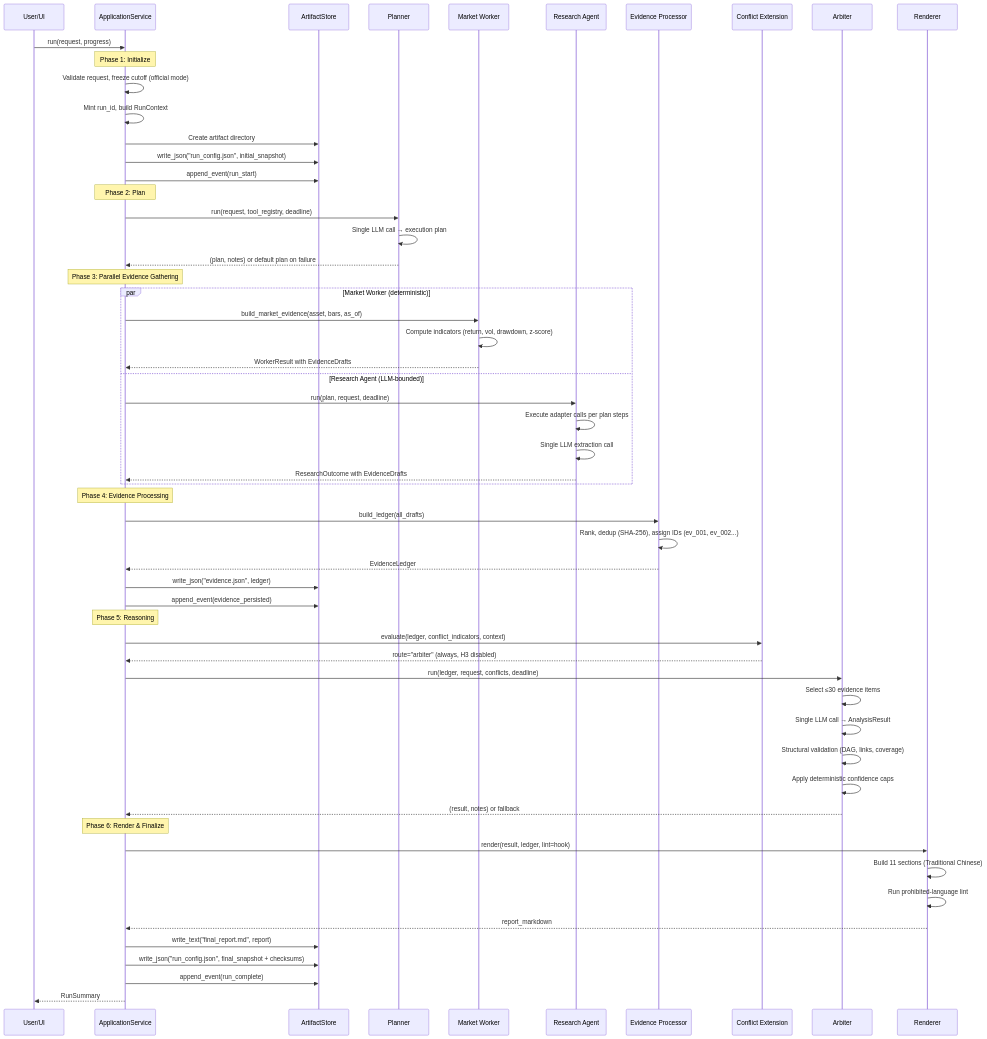
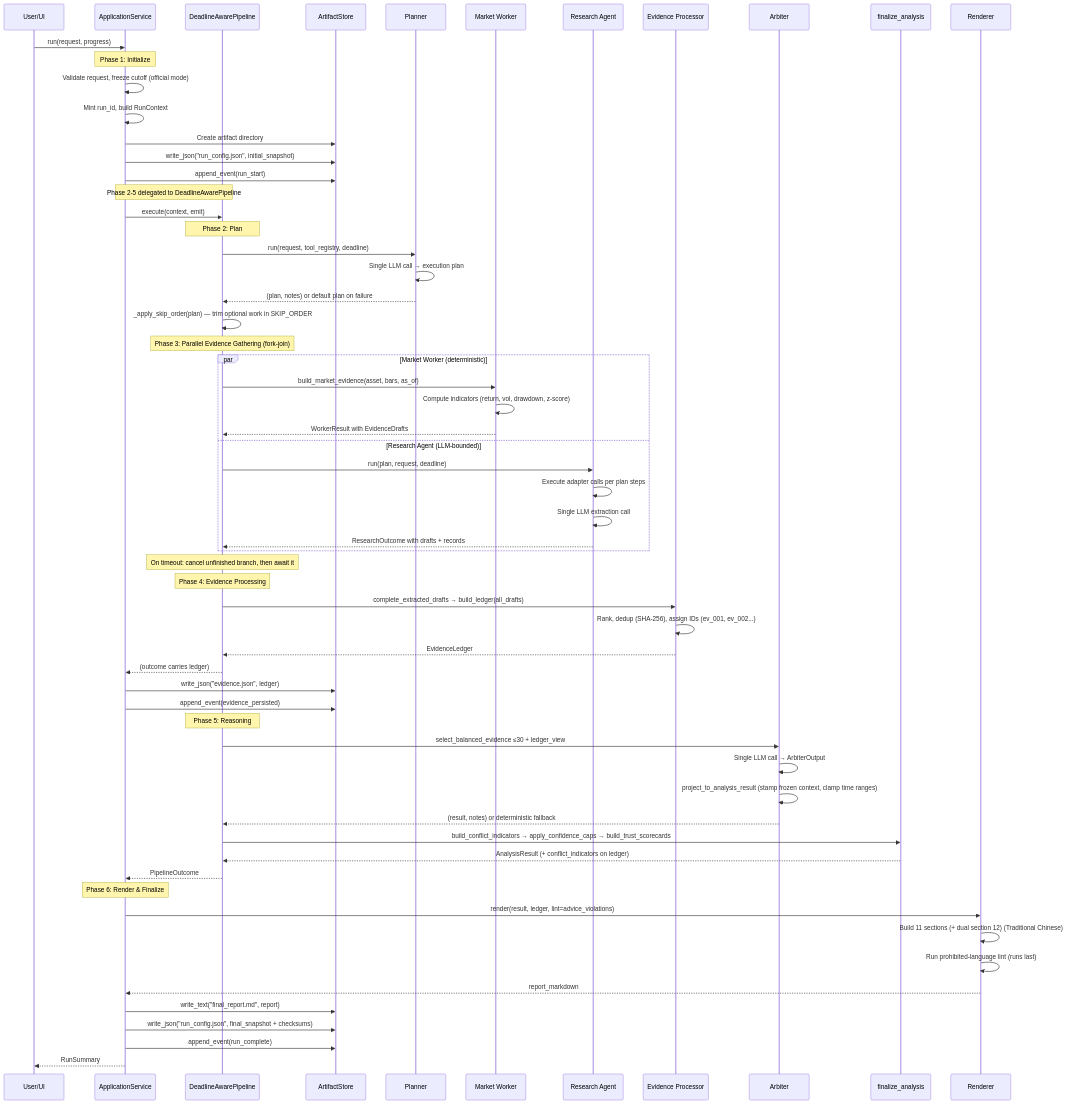
One commit to kevinzeroCode/hoya-bit-hackathon-agent changed the first of 17 diagrams in .agents/summary/workflows.md. Above: the diagram before and after it, drawn with Mermaid. The commit also changed other lines of this file and 15 other files, not shown here.

````diff
--- a/.agents/summary/workflows.md
+++ b/.agents/summary/workflows.md
@@ -5,66 +5,72 @@
 ```mermaid
 sequenceDiagram
     participant User as User/UI
     participant App as ApplicationService
+    participant Pipe as DeadlineAwarePipeline
     participant Store as ArtifactStore
     participant Plan as Planner
     participant MW as Market Worker
     participant RA as Research Agent
     participant EP as Evidence Processor
-    participant H3 as Conflict Extension
     participant Arb as Arbiter
+    participant Fin as finalize_analysis
     participant Ren as Renderer
 
     User->>App: run(request, progress)
     
     Note over App: Phase 1: Initialize
     App->>App: Validate request, freeze cutoff (official mode)
     App->>App: Mint run_id, build RunContext
     App->>Store: Create artifact directory
     App->>Store: write_json("run_config.json", initial_snapshot)
     App->>Store: append_event(run_start)
 
-    Note over App: Phase 2: Plan
-    App->>Plan: run(request, tool_registry, deadline)
+    Note over App,Pipe: Phase 2-5 delegated to DeadlineAwarePipeline
+    App->>Pipe: execute(context, emit)
+
+    Note over Pipe: Phase 2: Plan
+    Pipe->>Plan: run(request, tool_registry, deadline)
     Plan->>Plan: Single LLM call → execution plan
-    Plan-->>App: (plan, notes) or default plan on failure
+    Plan-->>Pipe: (plan, notes) or default plan on failure
+    Pipe->>Pipe: _apply_skip_order(plan) — trim optional work in SKIP_ORDER
 
-    Note over App: Phase 3: Parallel Evidence Gathering
+    Note over Pipe: Phase 3: Parallel Evidence Gathering (fork-join)
     par Market Worker (deterministic)
-        App->>MW: build_market_evidence(asset, bars, as_of)
+        Pipe->>MW: build_market_evidence(asset, bars, as_of)
         MW->>MW: Compute indicators (return, vol, drawdown, z-score)
-        MW-->>App: WorkerResult with EvidenceDrafts
+        MW-->>Pipe: WorkerResult with EvidenceDrafts
     and Research Agent (LLM-bounded)
-        App->>RA: run(plan, request, deadline)
+        Pipe->>RA: run(plan, request, deadline)
         RA->>RA: Execute adapter calls per plan steps
         RA->>RA: Single LLM extraction call
-        RA-->>App: ResearchOutcome with EvidenceDrafts
+        RA-->>Pipe: ResearchOutcome with drafts + records
     end
+    Note over Pipe: On timeout: cancel unfinished branch, then await it
 
-    Note over App: Phase 4: Evidence Processing
-    App->>EP: build_ledger(all_drafts)
+    Note over Pipe: Phase 4: Evidence Processing
+    Pipe->>EP: complete_extracted_drafts → build_ledger(all_drafts)
     EP->>EP: Rank, dedup (SHA-256), assign IDs (ev_001, ev_002...)
-    EP-->>App: EvidenceLedger
+    EP-->>Pipe: EvidenceLedger
+    Pipe-->>App: (outcome carries ledger)
     App->>Store: write_json("evidence.json", ledger)
     App->>Store: append_event(evidence_persisted)
 
-    Note over App: Phase 5: Reasoning
-    App->>H3: evaluate(ledger, conflict_indicators, context)
-    H3-->>App: route="arbiter" (always, H3 disabled)
-    App->>Arb: run(ledger, request, conflicts, deadline)
-    Arb->>Arb: Select ≤30 evidence items
-    Arb->>Arb: Single LLM call → AnalysisResult
-    Arb->>Arb: Structural validation (DAG, links, coverage)
-    Arb->>Arb: Apply deterministic confidence caps
-    Arb-->>App: (result, notes) or fallback
+    Note over Pipe: Phase 5: Reasoning
+    Pipe->>Arb: select_balanced_evidence ≤30 + ledger_view
+    Arb->>Arb: Single LLM call → ArbiterOutput
+    Arb->>Arb: project_to_analysis_result (stamp frozen context, clamp time ranges)
+    Arb-->>Pipe: (result, notes) or deterministic fallback
+    Pipe->>Fin: build_conflict_indicators → apply_confidence_caps → build_trust_scorecards
+    Fin-->>Pipe: AnalysisResult (+ conflict_indicators on ledger)
+    Pipe-->>App: PipelineOutcome
 
     Note over App: Phase 6: Render & Finalize
-    App->>Ren: render(result, ledger, lint=hook)
-    Ren->>Ren: Build 11 sections (Traditional Chinese)
-    Ren->>Ren: Run prohibited-language lint
+    App->>Ren: render(result, ledger, lint=advice_violations)
+    Ren->>Ren: Build 11 sections (+ dual section 12) (Traditional Chinese)
+    Ren->>Ren: Run prohibited-language lint (runs last)
     Ren-->>App: report_markdown
     App->>Store: write_text("final_report.md", report)
     App->>Store: write_json("run_config.json", final_snapshot + checksums)
     App->>Store: append_event(run_complete)
     App-->>User: RunSummary
 ```
````
